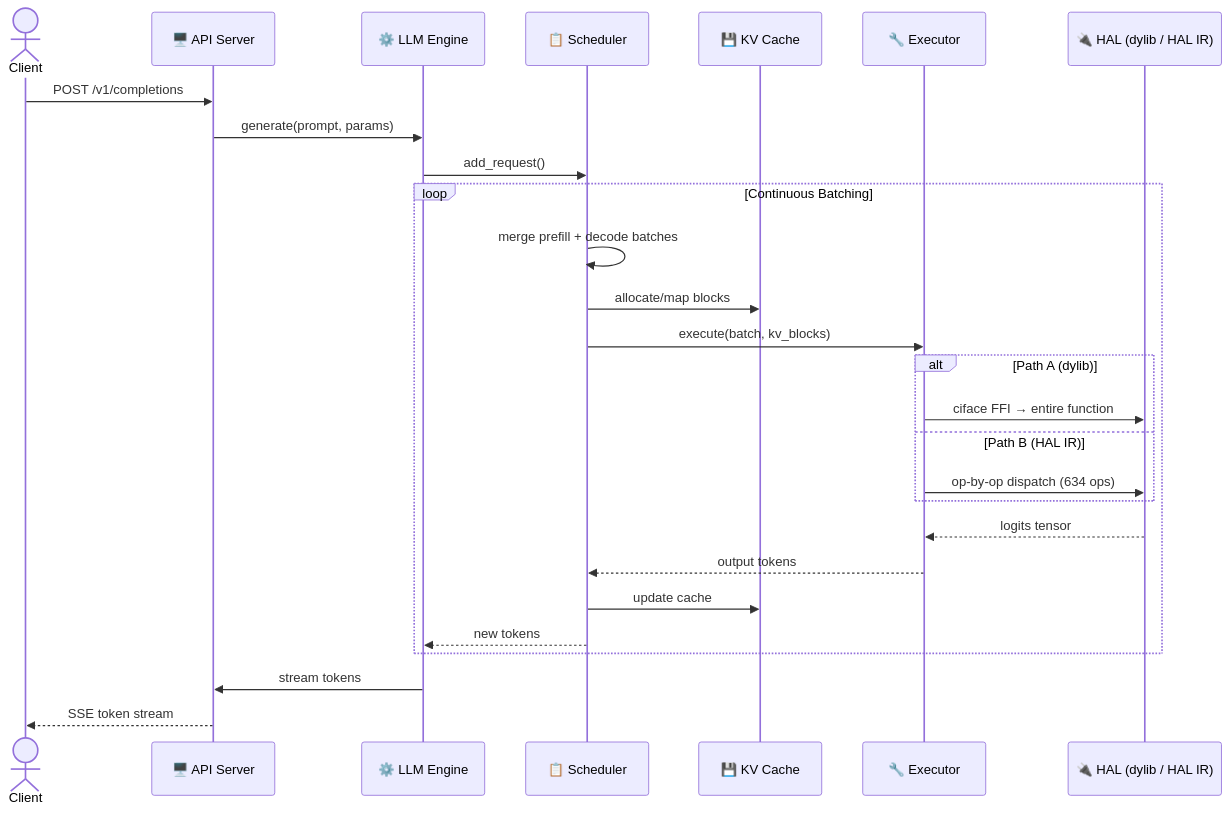
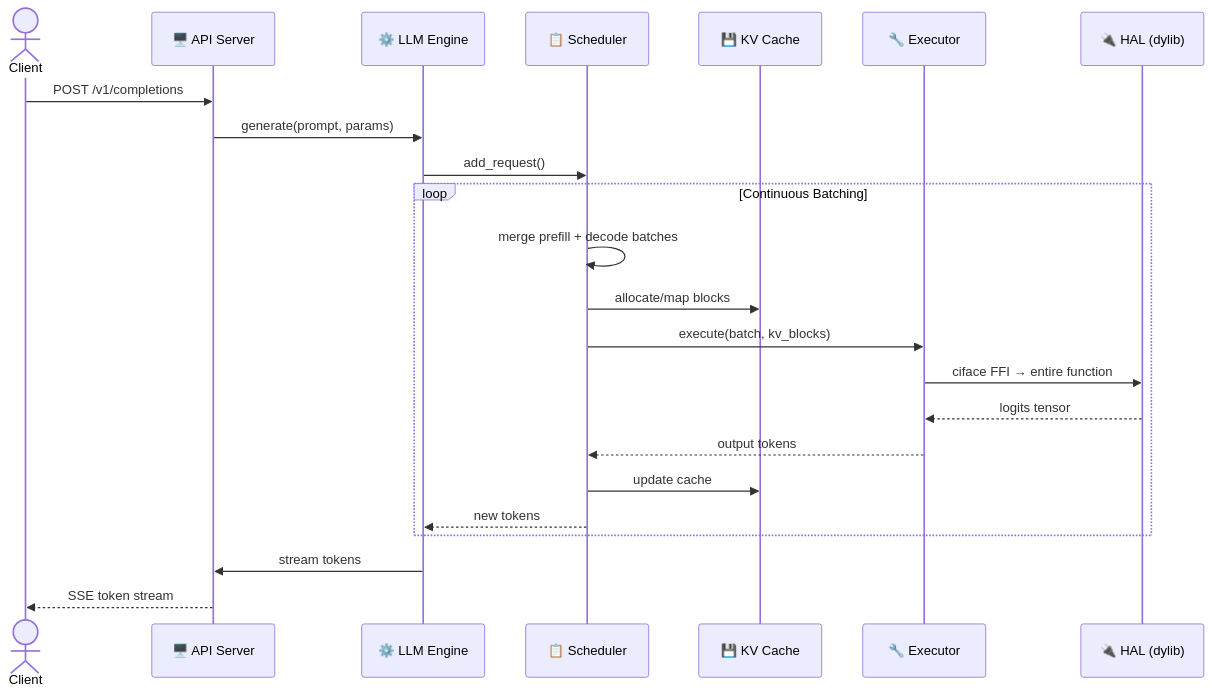
The third of 3 diagrams in README.md (QingGo/LLM-CompileForge), drawn with Mermaid before and after one commit. The commit also changed other lines of this file and 203 other files, not shown here.

````diff
--- a/README.md
+++ b/README.md
@@ -110,34 +110,30 @@
 ```mermaid
 sequenceDiagram
     actor Client
     participant Server as 🖥️ API Server
     participant Engine as ⚙️ LLM Engine
     participant Scheduler as 📋 Scheduler
     participant KV as 💾 KV Cache
     participant Executor as 🔧 Executor
-    participant HAL as 🔌 HAL (dylib / HAL IR)
+    participant HAL as 🔌 HAL (dylib)
 
     Client->>Server: POST /v1/completions
     Server->>Engine: generate(prompt, params)
     Engine->>Scheduler: add_request()
 
     loop Continuous Batching
         Scheduler->>Scheduler: merge prefill + decode batches
         Scheduler->>KV: allocate/map blocks
         Scheduler->>Executor: execute(batch, kv_blocks)
 
-        alt Path A (dylib)
-            Executor->>HAL: ciface FFI → entire function
-        else Path B (HAL IR)
-            Executor->>HAL: op-by-op dispatch (634 ops)
-        end
+        Executor->>HAL: ciface FFI → entire function
 
         HAL-->>Executor: logits tensor
         Executor-->>Scheduler: output tokens
         Scheduler->>KV: update cache
         Scheduler-->>Engine: new tokens
     end
 
     Engine->>Server: stream tokens
     Server-->>Client: SSE token stream
 ```
````
